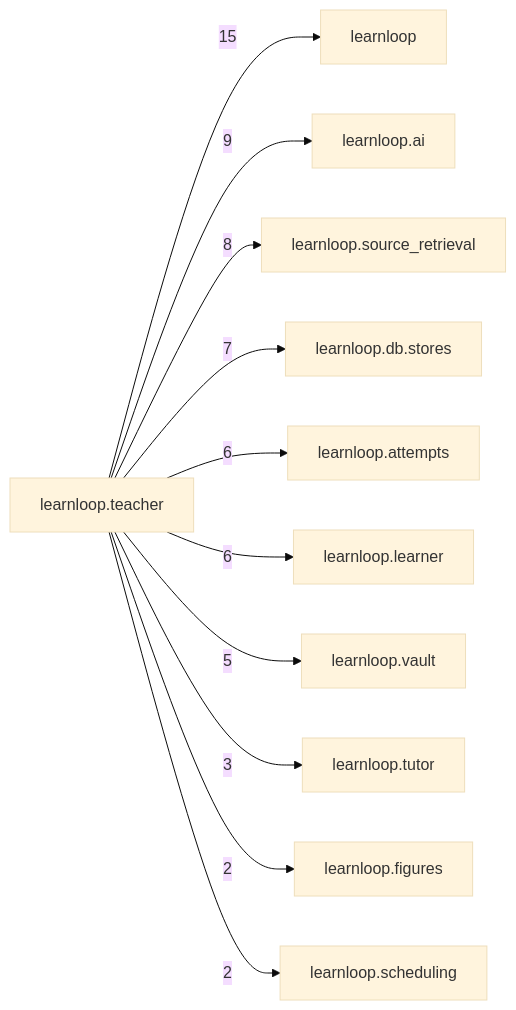
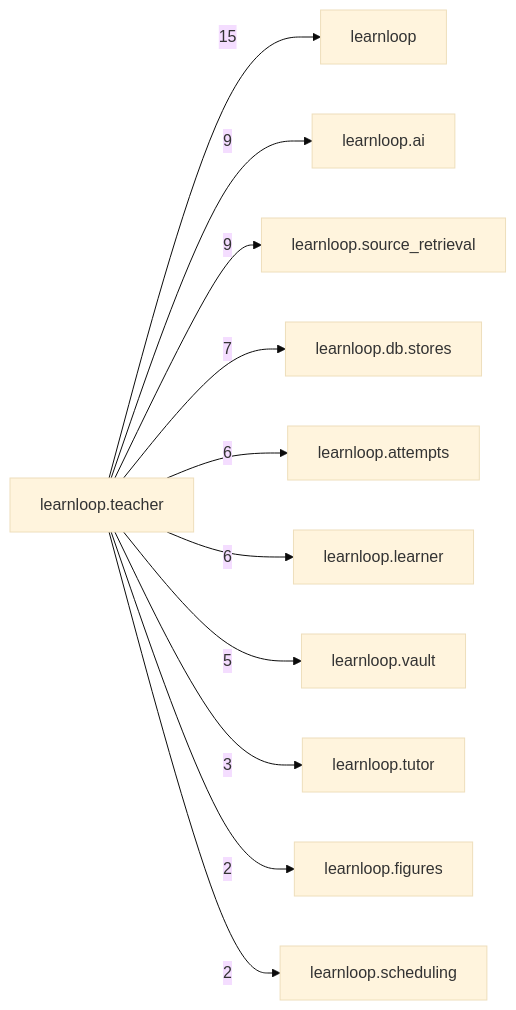
The diagram in docs/learnloop-architecture-vault/Reference/Modules/learnloop/teacher/_package.md (6up-b/learnanything), drawn with Mermaid (base theme) before and after one commit. The commit also changed other lines of this file and 17 other files, not shown here.

````diff
--- a/docs/learnloop-architecture-vault/Reference/Modules/learnloop/teacher/_package.md
+++ b/docs/learnloop-architecture-vault/Reference/Modules/learnloop/teacher/_package.md
@@ -101,24 +101,24 @@
 ```mermaid
 flowchart LR
     center["learnloop.teacher"]
     n_learnloop["learnloop"]
     n_learnloop_ai["learnloop.ai"]
     n_learnloop_source_retrieval["learnloop.source_retrieval"]
     n_learnloop_db_stores["learnloop.db.stores"]
     n_learnloop_attempts["learnloop.attempts"]
     n_learnloop_learner["learnloop.learner"]
     n_learnloop_vault["learnloop.vault"]
     n_learnloop_tutor["learnloop.tutor"]
     n_learnloop_figures["learnloop.figures"]
     n_learnloop_scheduling["learnloop.scheduling"]
     center -->|15| n_learnloop
     center -->|9| n_learnloop_ai
-    center -->|8| n_learnloop_source_retrieval
+    center -->|9| n_learnloop_source_retrieval
     center -->|7| n_learnloop_db_stores
     center -->|6| n_learnloop_attempts
     center -->|6| n_learnloop_learner
     center -->|5| n_learnloop_vault
     center -->|3| n_learnloop_tutor
     center -->|2| n_learnloop_figures
     center -->|2| n_learnloop_scheduling
 ```
````
